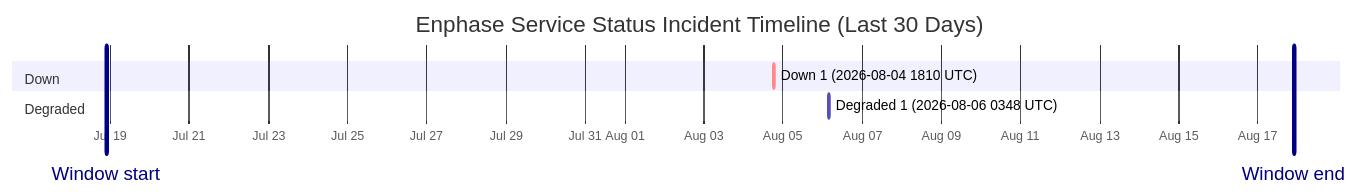
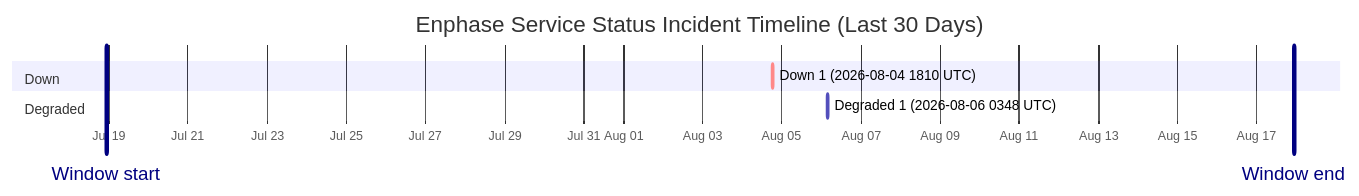
The diagram in wiki/Service-Status-History.md (barneyonline/ha-enphase-energy), drawn with Mermaid before and after one commit. The commit also changed other lines of this file and 3 other files, not shown here.

````diff
--- a/wiki/Service-Status-History.md
+++ b/wiki/Service-Status-History.md
@@ -14,12 +14,12 @@
 ```mermaid
 gantt
     title Enphase Service Status Incident Timeline (Last 30 Days)
     dateFormat  YYYY-MM-DDTHH:mm:ss
     axisFormat  %b %d
-    Window start :vert, window-start, 2026-07-18T21:49:41, 0ms
-    Window end :vert, window-end, 2026-08-17T21:49:41, 0ms
+    Window start :vert, window-start, 2026-07-18T22:21:46, 0ms
+    Window end :vert, window-end, 2026-08-17T22:21:46, 0ms
     section Down
     Down 1 (2026-08-04 1810 UTC) :crit, down-1, 2026-08-04T18:10:46, 60m
     section Degraded
     Degraded 1 (2026-08-06 0348 UTC) :active, degraded-1, 2026-08-06T03:48:14, 60m
 ```
````
